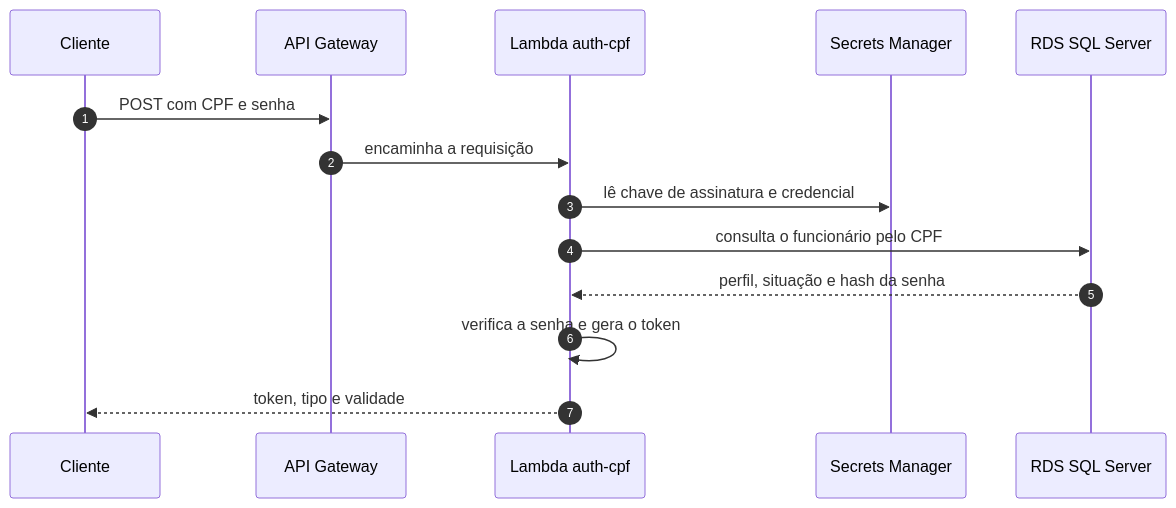
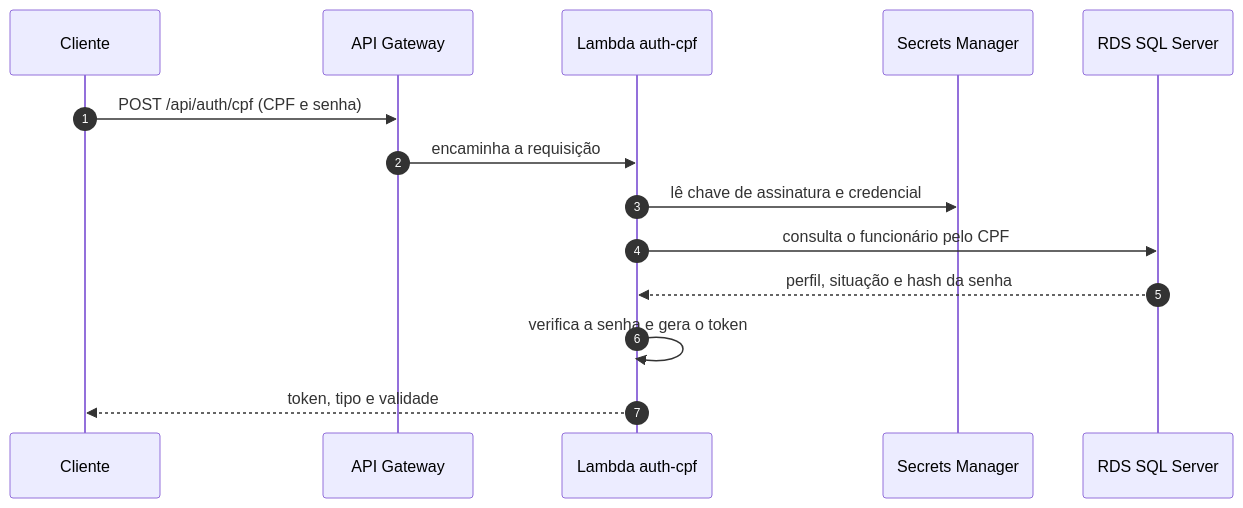
Before and after one commit to fabianorodrigues/oficina-auth-lambda-fiap-fase4: the first of 2 diagrams in README.md, drawn with Mermaid. The commit also changed other lines of this file, not shown here.

Commit message:
docs: atualizar README e documentar roles externas obrigatórias do Auth

````diff
--- a/README.md
+++ b/README.md
@@ -59,17 +75,17 @@
 ```mermaid
 sequenceDiagram
     autonumber
     participant C as Cliente
     participant G as API Gateway
     participant L as Lambda auth-cpf
     participant S as Secrets Manager
     participant D as RDS SQL Server
 
-    C->>G: POST com CPF e senha
+    C->>G: POST /api/auth/cpf (CPF e senha)
     G->>L: encaminha a requisição
     L->>S: lê chave de assinatura e credencial
     L->>D: consulta o funcionário pelo CPF
     D-->>L: perfil, situação e hash da senha
     L->>L: verifica a senha e gera o token
     L-->>C: token, tipo e validade
 ```
````
